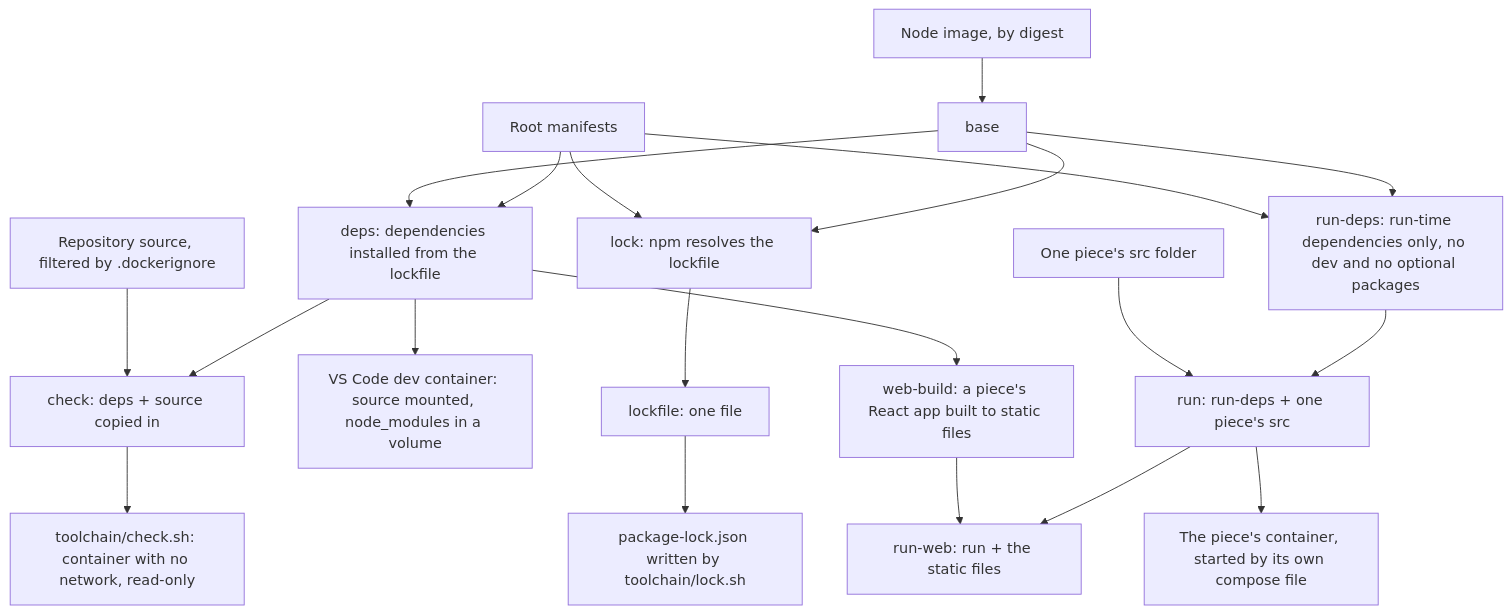
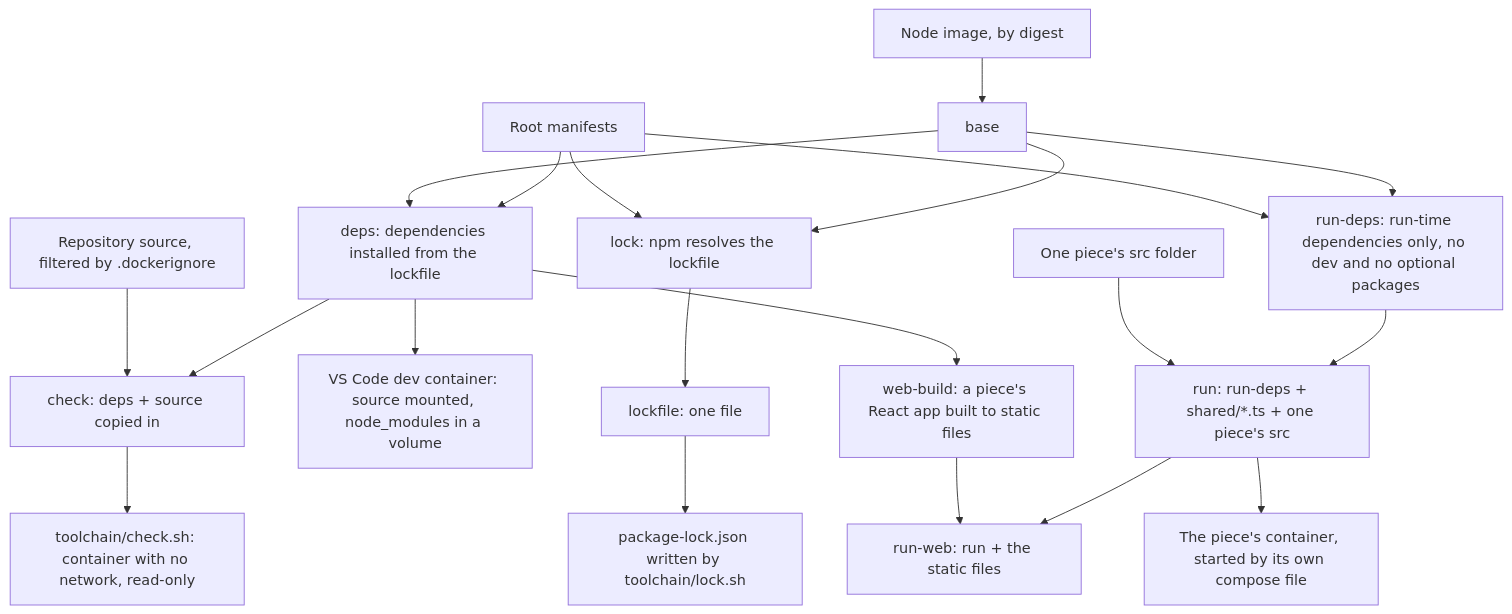
The diagram in docs/architecture/toolchain.md (AndrewPHunter/ai-on-aws), drawn with Mermaid before and after one commit. The commit also changed other lines of this file and 29 other files, not shown here.

````diff
--- a/docs/architecture/toolchain.md
+++ b/docs/architecture/toolchain.md
@@ -16,21 +16,21 @@
 ```mermaid
 flowchart TD
   pin[Node image, by digest] --> base
   manifests[Root manifests] --> deps
   base --> deps[deps: dependencies installed from the lockfile]
   deps --> check[check: deps + source copied in]
   source[Repository source, filtered by .dockerignore] --> check
   check --> run[toolchain/check.sh: container with no network, read-only]
   deps --> dev[VS Code dev container: source mounted, node_modules in a volume]
   base --> lock[lock: npm resolves the lockfile]
   manifests --> lock
   lock --> lockfile[lockfile: one file] --> out[package-lock.json written by toolchain/lock.sh]
   base --> rundeps[run-deps: run-time dependencies only, no dev and no optional packages]
   manifests --> rundeps
-  rundeps --> runstage[run: run-deps + one piece's src]
+  rundeps --> runstage[run: run-deps + shared/*.ts + one piece's src]
   piece[One piece's src folder] --> runstage
   runstage --> container[The piece's container, started by its own compose file]
   deps --> webbuild[web-build: a piece's React app built to static files]
   runstage --> runweb[run-web: run + the static files]
   webbuild --> runweb
 ```
````
